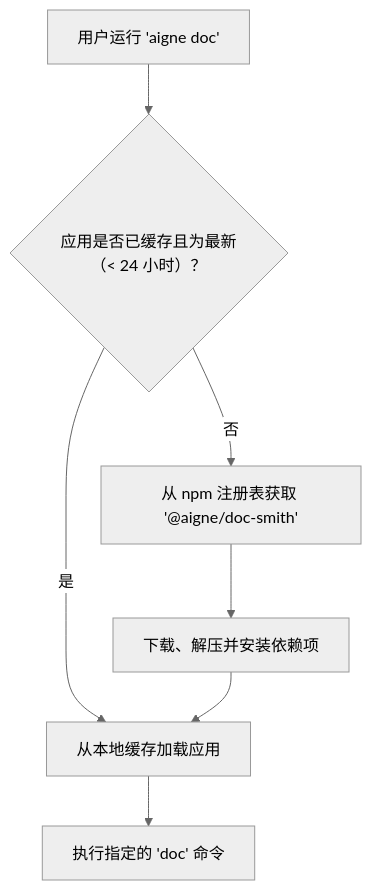
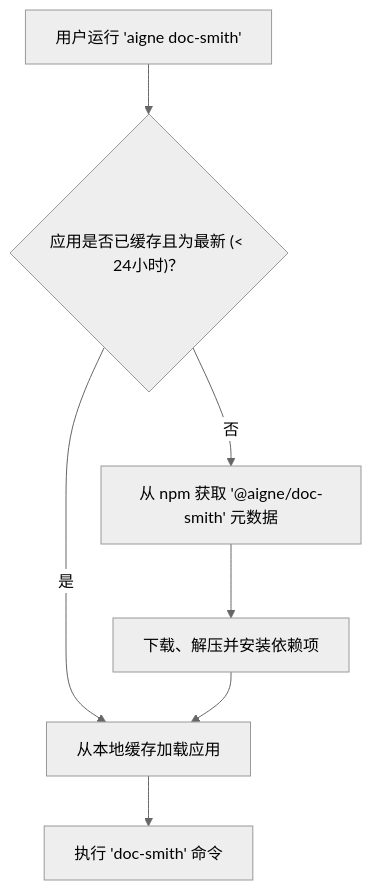
The diagram in packages/cli/docs/command-reference-built-in-apps.zh.md (AIGNE-io/aigne-framework), drawn with Mermaid (neutral theme) before and after one commit. The commit also changed other lines of this file and 39 other files, not shown here.

````diff
--- a/packages/cli/docs/command-reference-built-in-apps.zh.md
+++ b/packages/cli/docs/command-reference-built-in-apps.zh.md
@@ -61,9 +74,9 @@
 ```mermaid
 flowchart TD
-    A["用户运行 'aigne doc'"] --> B{"应用是否已缓存且为最新（< 24 小时）？"};
+    A["用户运行 'aigne doc-smith'"] --> B{"应用是否已缓存且为最新 (< 24小时)？"};
     B -- "是" --> E["从本地缓存加载应用"];
-    B -- "否" --> C["从 npm 注册表获取 '@aigne/doc-smith'"];
+    B -- "否" --> C["从 npm 获取 '@aigne/doc-smith' 元数据"];
     C --> D["下载、解压并安装依赖项"];
     D --> E;
-    E --> F["执行指定的 'doc' 命令"];
+    E --> F["执行 'doc-smith' 命令"];
 ```
````
